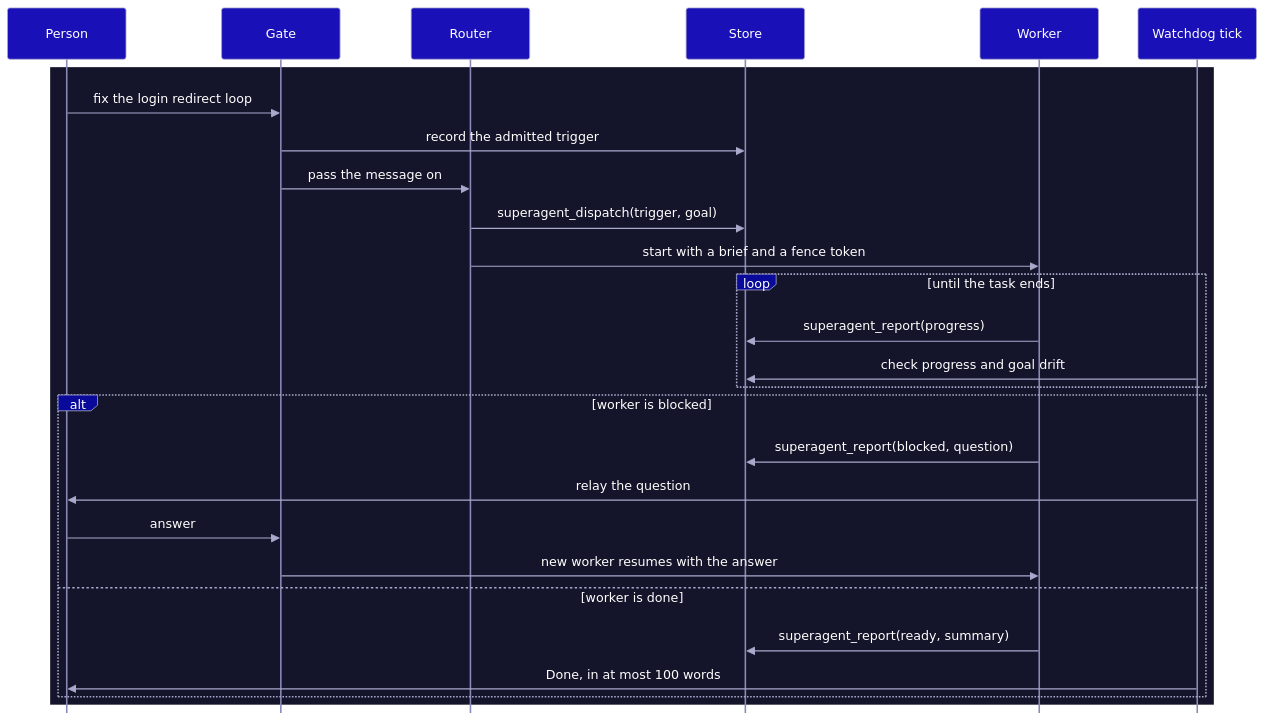
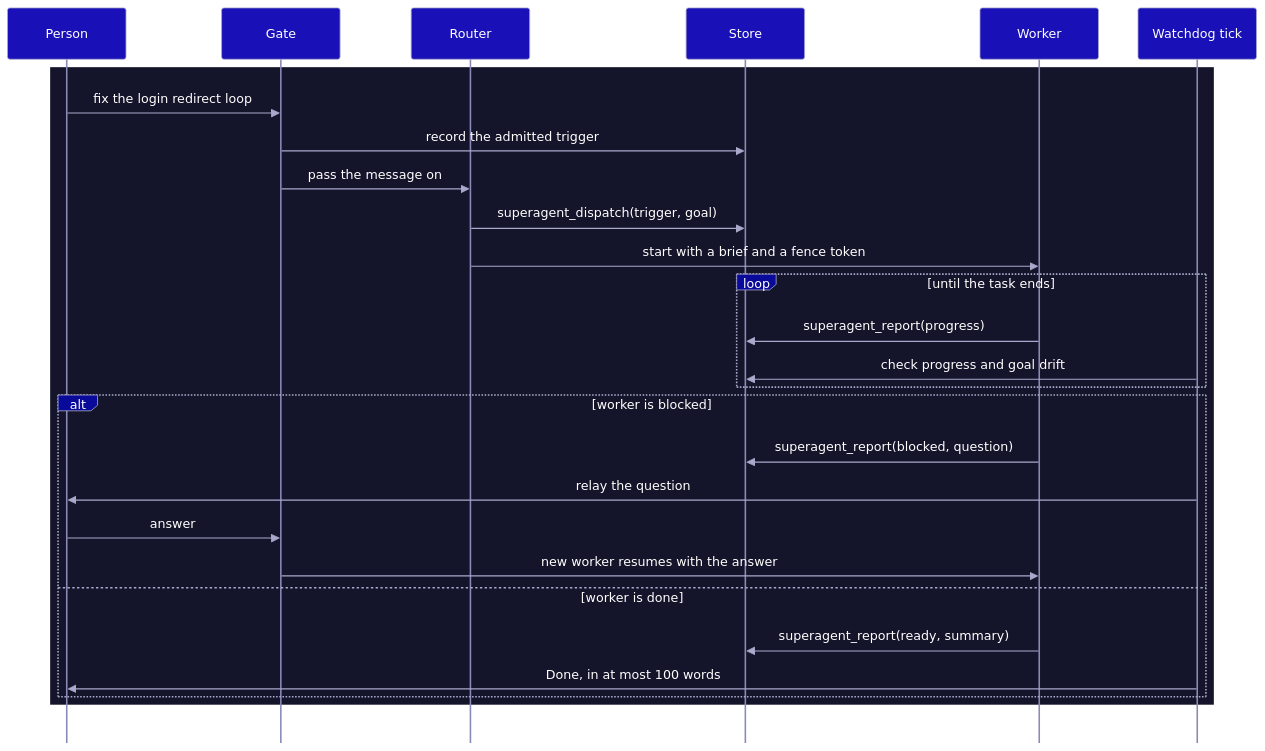
Before and after one commit to AirKyzzZ/hermes-superagent: the second of 3 diagrams in README.md, drawn with Mermaid. The commit also changed other lines of this file, not shown here.

Commit message:
docs: fix diagram label clipping and control overlap on github

````diff
--- a/README.md
+++ b/README.md
@@ -87,33 +87,33 @@
 ```mermaid
-%%{init: {"theme":"base","sequence":{"mirrorActors":false},"themeVariables":{"fontFamily":"Inter, system-ui, sans-serif","fontSize":"15px","primaryColor":"#1a10b8","primaryTextColor":"#ffffff","primaryBorderColor":"#a9a9cc","lineColor":"#8a8ab8","textColor":"#ffffff","actorBkg":"#1a10b8","actorBorder":"#a9a9cc","actorTextColor":"#ffffff","actorLineColor":"#8a8ab8","signalColor":"#a9a9cc","signalTextColor":"#ffffff","labelBoxBkgColor":"#0a0a9a","labelBoxBorderColor":"#a9a9cc","labelTextColor":"#ffffff","loopTextColor":"#ffffff"}}}%%
+%%{init: {"theme":"base","sequence":{"mirrorActors":false,"diagramMarginY":48},"themeVariables":{"primaryColor":"#1a10b8","primaryTextColor":"#ffffff","primaryBorderColor":"#a9a9cc","lineColor":"#8a8ab8","textColor":"#ffffff","actorBkg":"#1a10b8","actorBorder":"#a9a9cc","actorTextColor":"#ffffff","actorLineColor":"#8a8ab8","signalColor":"#a9a9cc","signalTextColor":"#ffffff","labelBoxBkgColor":"#0a0a9a","labelBoxBorderColor":"#a9a9cc","labelTextColor":"#ffffff","loopTextColor":"#ffffff"}}}%%
 sequenceDiagram
     participant person as Person
     participant gate as Gate
     participant router as Router
     participant store as Store
     participant worker as Worker
     participant tick as Watchdog tick
 
     rect rgb(20, 20, 42)
         person->>gate: fix the login redirect loop
         gate->>store: record the admitted trigger
         gate->>router: pass the message on
         router->>store: superagent_dispatch(trigger, goal)
         router->>worker: start with a brief and a fence token
 
         loop until the task ends
             worker->>store: superagent_report(progress)
             tick->>store: check progress and goal drift
         end
 
         alt worker is blocked
             worker->>store: superagent_report(blocked, question)
             tick->>person: relay the question
             person->>gate: answer
             gate->>worker: new worker resumes with the answer
         else worker is done
             worker->>store: superagent_report(ready, summary)
             tick->>person: Done, in at most 100 words
         end
     end
 ```
````
